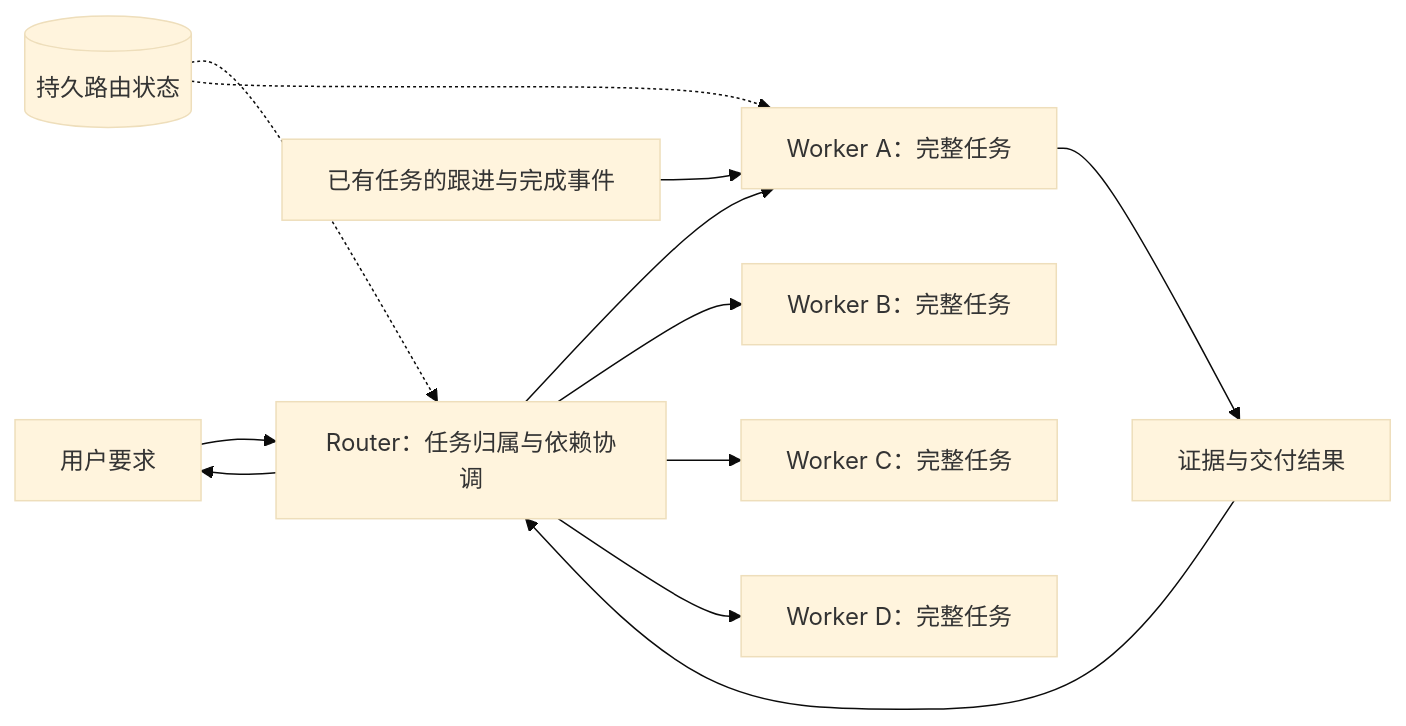
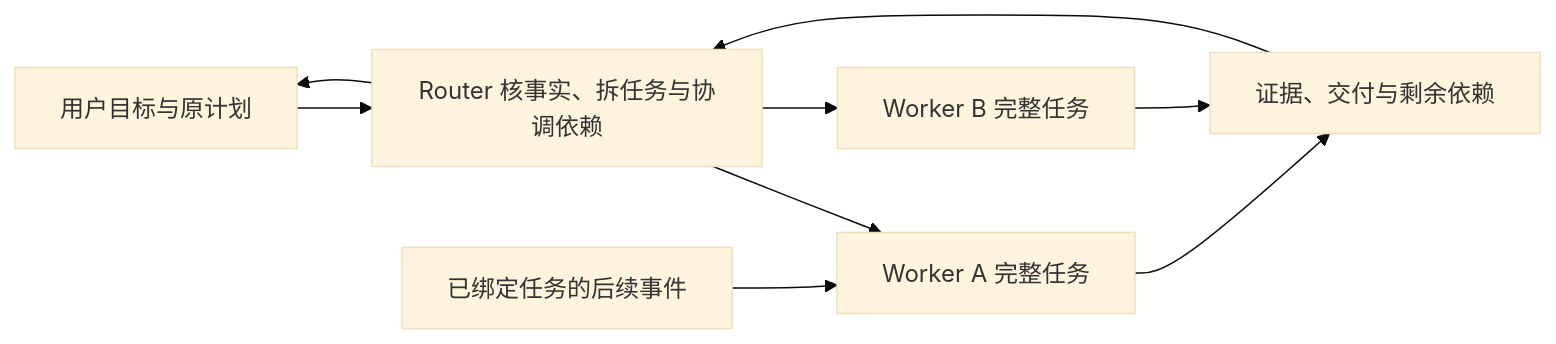
Before and after one commit to lishuoipad/codex-superagent: the diagram in README.zh-CN.md, drawn with Mermaid (base theme). The commit also changed other lines of this file and 8 other files, not shown here.

```diff
--- a/README.zh-CN.md
+++ b/README.zh-CN.md
@@ -43,14 +42,11 @@
 ~~~mermaid
 flowchart LR
-    U[用户要求] --> R[Router：任务归属与依赖协调]
-    R --> A[Worker A：完整任务]
-    R --> B[Worker B：完整任务]
-    R --> C[Worker C：完整任务]
-    R --> D[Worker D：完整任务]
-    E[已有任务的跟进与完成事件] --> A
-    A --> O[证据与交付结果]
-    O --> R
+    U[用户目标与原计划] --> R[Router 核事实、拆任务与协调依赖]
+    R --> A[Worker A 完整任务]
+    R --> B[Worker B 完整任务]
+    E[已绑定任务的后续事件] --> A
+    A --> D[证据、交付与剩余依赖]
+    B --> D
+    D --> R
     R --> U
-    S[(持久路由状态)] -.-> R
-    S -.-> A
 ~~~
```
